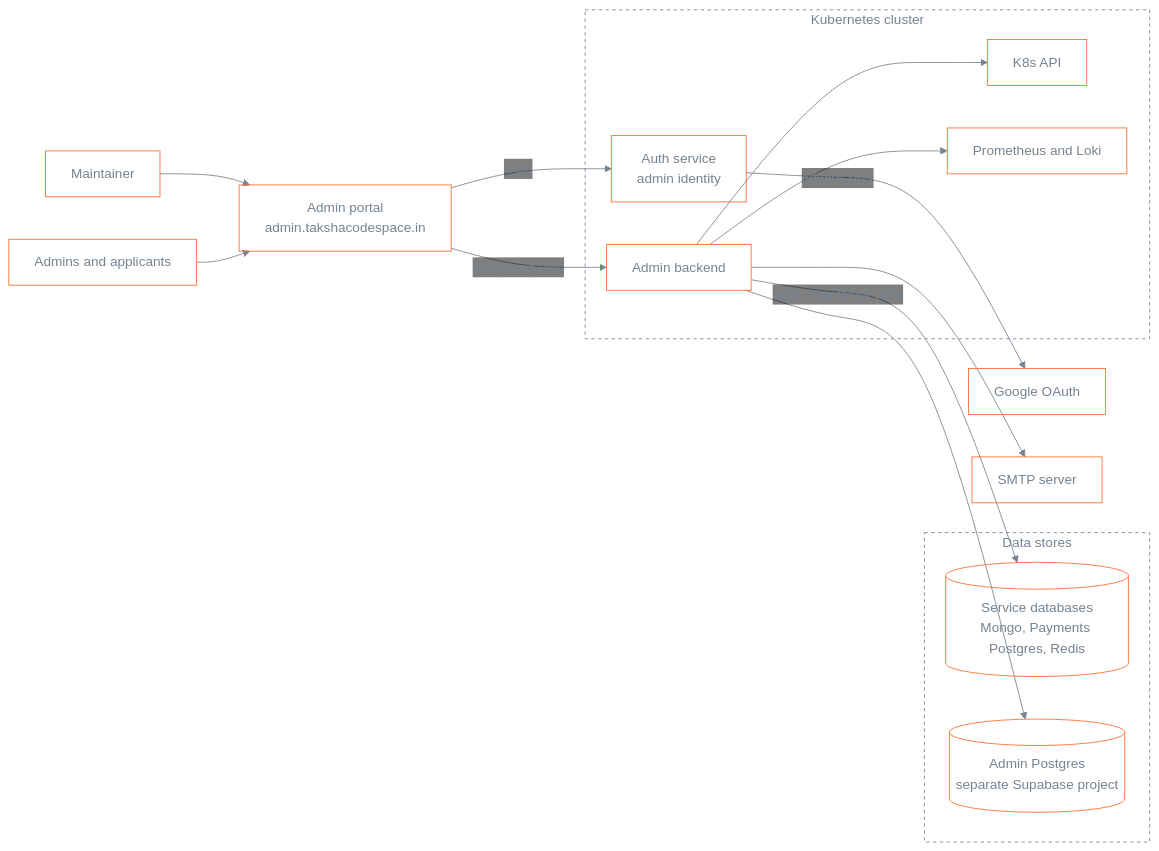
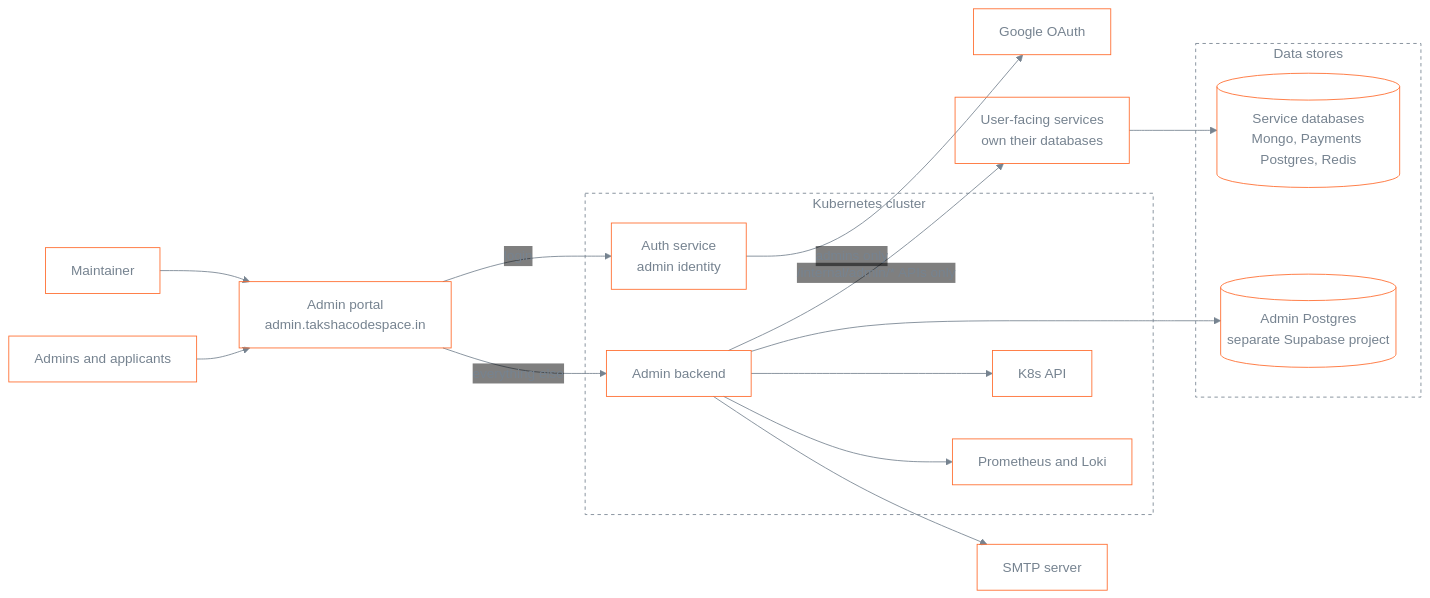
The second of 10 diagrams in docs/plans/admin-platform-hld.md (Sahil-coder-30/Capstone), drawn with Mermaid before and after one commit. The commit also changed other lines of this file and 12 other files, not shown here.

````diff
--- a/docs/plans/admin-platform-hld.md
+++ b/docs/plans/admin-platform-hld.md
@@ -23,38 +65,39 @@
 ```mermaid
 %%{init: {"theme":"base","themeVariables":{"background":"transparent","primaryColor":"transparent","secondaryColor":"transparent","tertiaryColor":"transparent","mainBkg":"transparent","clusterBkg":"transparent","nodeBorder":"#FF6A2B","primaryBorderColor":"#FF6A2B","clusterBorder":"#768390","lineColor":"#768390","primaryTextColor":"#768390","textColor":"#768390","titleColor":"#768390","edgeLabelBackground":"transparent"},"themeCSS":".edgeLabel, .edgeLabel p, .edgeLabel span, .labelBkg { background-color: transparent !important; }"}}%%
 flowchart LR
     classDef default fill:transparent,stroke:#FF6A2B,color:#768390
 
     M[Maintainer]
     A[Admins and applicants]
     P[Admin portal<br/>admin.takshacodespace.in]
     G[Google OAuth]
 
     subgraph Cluster[Kubernetes cluster]
         AUTH[Auth service<br/>admin identity]
         AB[Admin backend]
         K8S[K8s API]
         MON[Prometheus and Loki]
     end
 
     subgraph Data[Data stores]
         UDB[(Service databases<br/>Mongo, Payments Postgres, Redis)]
         ADB[(Admin Postgres<br/>separate Supabase project)]
     end
 
     SMTP[SMTP server]
 
     M --> P
     A --> P
     P -- login --> AUTH
     P -- everything else --> AB
     AUTH -- admins only --> G
-    AB -- read, maintainer write --> UDB
+    AB -- "/internal/admin/* APIs only" --> SVC[User-facing services<br/>own their databases]
+    SVC --> UDB
     AB --> ADB
     AB --> K8S
     AB --> MON
     AB --> SMTP
 
     style Cluster fill:transparent,stroke:#768390,stroke-dasharray:4 4
     style Data fill:transparent,stroke:#768390,stroke-dasharray:4 4
 ```
````
